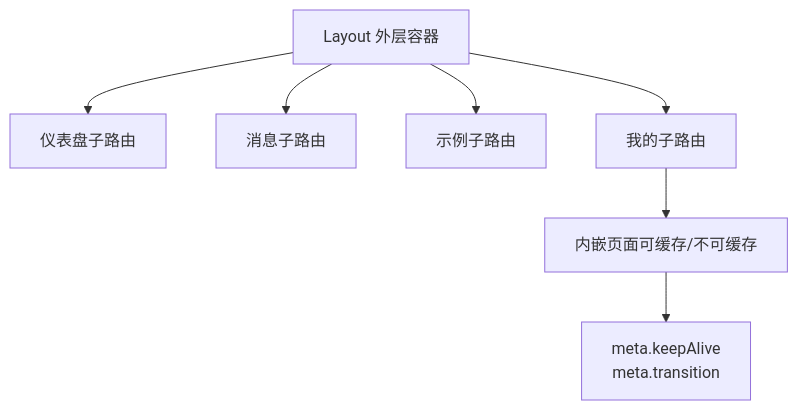
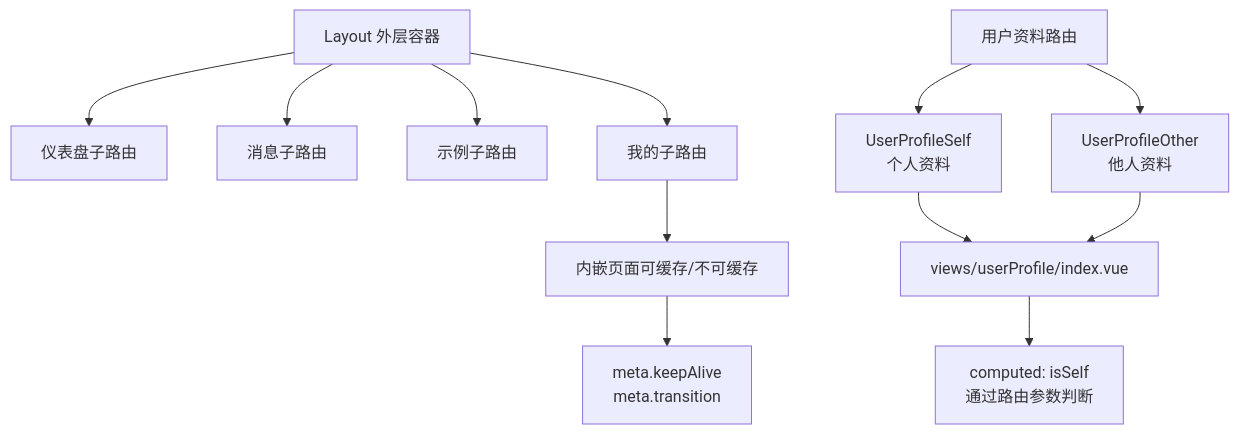
The fifth of 13 diagrams in .qoder/repowiki/zh/content/核心系统/路由系统.md (giserman001/vue3-vant4-mobile), drawn with Mermaid before and after one commit. The commit also changed other lines of this file and 13 other files, not shown here.

````diff
--- a/.qoder/repowiki/zh/content/核心系统/路由系统.md
+++ b/.qoder/repowiki/zh/content/核心系统/路由系统.md
@@ -318,9 +346,14 @@
 ```mermaid
 flowchart TD
 Layout["Layout 外层容器"] --> Dashboard["仪表盘子路由"]
 Layout --> Message["消息子路由"]
 Layout --> Example["示例子路由"]
 Layout --> My["我的子路由"]
 My --> InnerPages["内嵌页面可缓存/不可缓存"]
 InnerPages --> Meta["meta.keepAlive<br/>meta.transition"]
+UserProfile["用户资料路由"] --> Self["UserProfileSelf<br/>个人资料"]
+UserProfile --> Other["UserProfileOther<br/>他人资料"]
+Self --> Component["views/userProfile/index.vue"]
+Other --> Component
+Component --> Computed["computed: isSelf<br/>通过路由参数判断"]
 ```
````
